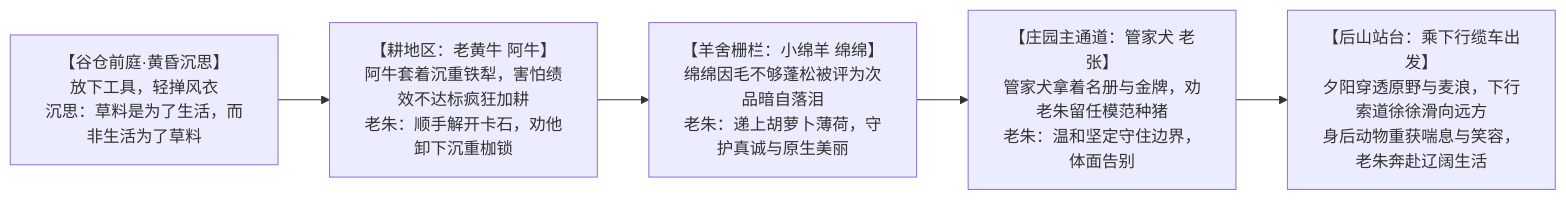
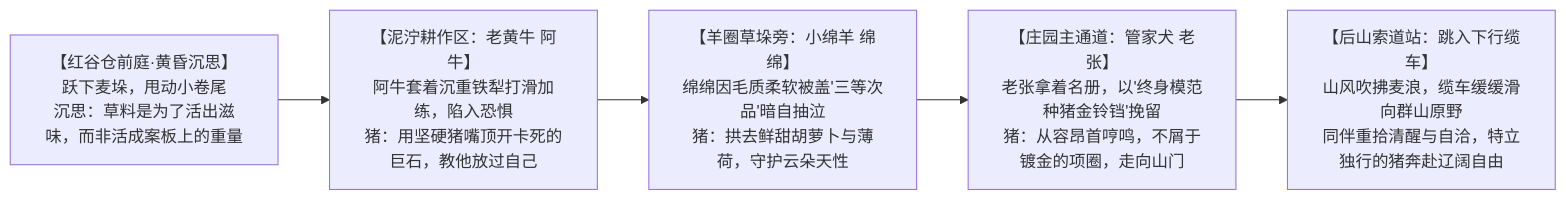
Before and after one commit to chenzhaoxuan0/piggame: the diagram in docs/PIG_STORY_LINE_FULL.md, drawn with Mermaid. The commit also changed other lines of this file and 6 other files, not shown here.

````diff
--- a/docs/PIG_STORY_LINE_FULL.md
+++ b/docs/PIG_STORY_LINE_FULL.md
@@ -35,8 +34,8 @@
 ```mermaid
 flowchart LR
-    A["【谷仓前庭·黄昏沉思】<br/>放下工具，轻掸风衣<br/>沉思：草料是为了生活，而非生活为了草料"] 
-    --> B["【耕地区：老黄牛 阿牛】<br/>阿牛套着沉重铁犁，害怕绩效不达标疯狂加耕<br/>老朱：顺手解开卡石，劝他卸下沉重枷锁"]
-    --> C["【羊舍栅栏：小绵羊 绵绵】<br/>绵绵因毛不够蓬松被评为次品暗自落泪<br/>老朱：递上胡萝卜薄荷，守护真诚与原生美丽"]
-    --> D["【庄园主通道：管家犬 老张】<br/>管家犬拿着名册与金牌，劝老朱留任模范种猪<br/>老朱：温和坚定守住边界，体面告别"]
-    --> E["【后山站台：乘下行缆车出发】<br/>夕阳穿透原野与麦浪，下行索道徐徐滑向远方<br/>身后动物重获喘息与笑容，老朱奔赴辽阔生活"]
+    A["【红谷仓前庭·黄昏沉思】<br/>跃下麦垛，甩动小卷尾<br/>沉思：草料是为了活出滋味，而非活成案板上的重量"] 
+    --> B["【泥泞耕作区：老黄牛 阿牛】<br/>阿牛套着沉重铁犁打滑加练，陷入恐惧<br/>猪：用坚硬猪嘴顶开卡死的巨石，教他放过自己"]
+    --> C["【羊圈草垛旁：小绵羊 绵绵】<br/>绵绵因毛质柔软被盖'三等次品'暗自抽泣<br/>猪：拱去鲜甜胡萝卜与薄荷，守护云朵天性"]
+    --> D["【庄园主通道：管家犬 老张】<br/>老张拿着名册，以'终身模范种猪金铃铛'挽留<br/>猪：从容昂首哼鸣，不屑于镀金的项圈，走向山门"]
+    --> E["【后山索道站：跳入下行缆车】<br/>山风吹拂麦浪，缆车缓缓滑向群山原野<br/>同伴重拾清醒与自洽，特立独行的猪奔赴辽阔自由"]
 ```
````
